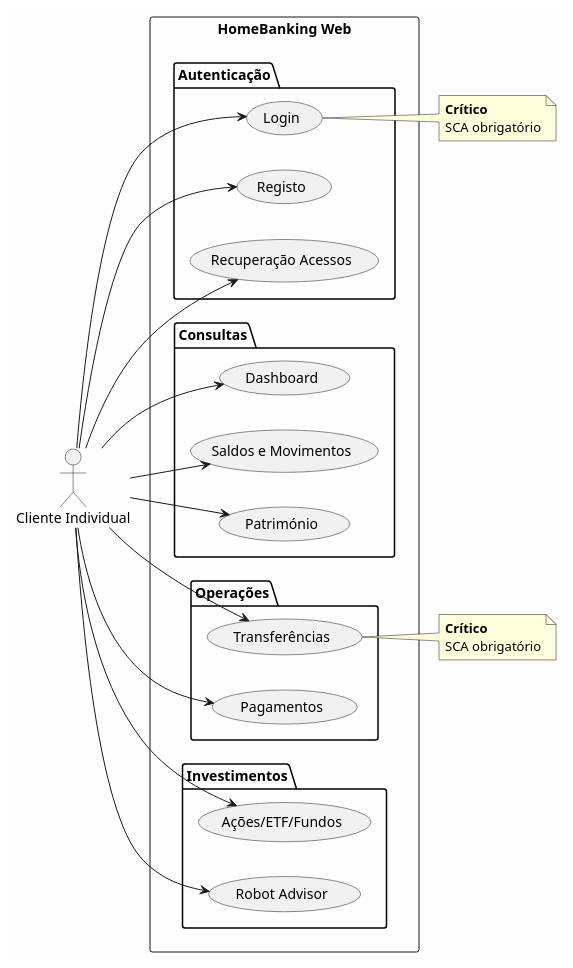
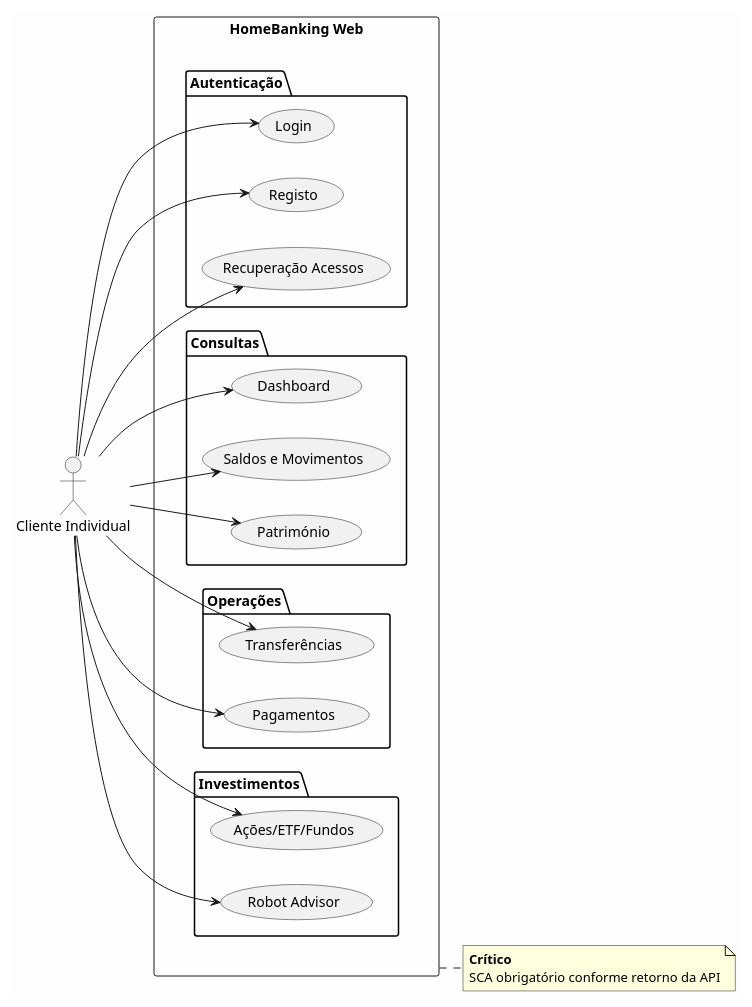
Before and after one commit to beduardo/novobanco_website_doc: the second of 2 diagrams in current/sections/SEC-03-visao-geral-solucao.md, drawn with PlantUML. The commit also changed other lines of this file and 26 other files, not shown here.

````diff
--- a/current/sections/SEC-03-visao-geral-solucao.md
+++ b/current/sections/SEC-03-visao-geral-solucao.md
@@ -261,55 +222,50 @@
 ```plantuml
 @startuml
 skinparam backgroundColor #FEFEFE
 
 left to right direction
 
 actor "Cliente Individual" as USER
 
-rectangle "HomeBanking Web" {
+rectangle "HomeBanking Web" as web {
     package "Autenticação" {
         usecase "Login" as UC_LOGIN
         usecase "Registo" as UC_REG
         usecase "Recuperação Acessos" as UC_REC
     }
 
     package "Consultas" {
         usecase "Dashboard" as UC_DASH
         usecase "Saldos e Movimentos" as UC_SALDOS
         usecase "Património" as UC_PAT
     }
 
     package "Operações" {
         usecase "Transferências" as UC_TRANSF
         usecase "Pagamentos" as UC_PAG
     }
 
     package "Investimentos" {
         usecase "Ações/ETF/Fundos" as UC_INV
         usecase "Robot Advisor" as UC_ROBOT
     }
 }
 
 USER --> UC_LOGIN
 USER --> UC_REG
 USER --> UC_REC
 USER --> UC_DASH
 USER --> UC_SALDOS
 USER --> UC_PAT
 USER --> UC_TRANSF
 USER --> UC_PAG
 USER --> UC_INV
 USER --> UC_ROBOT
 
-note right of UC_LOGIN
+note right of web
   **Crítico**
-  SCA obrigatório
-end note
-
-note right of UC_TRANSF
-  **Crítico**
-  SCA obrigatório
+  SCA obrigatório conforme retorno da API
 end note
 
 @enduml
 ```
````
